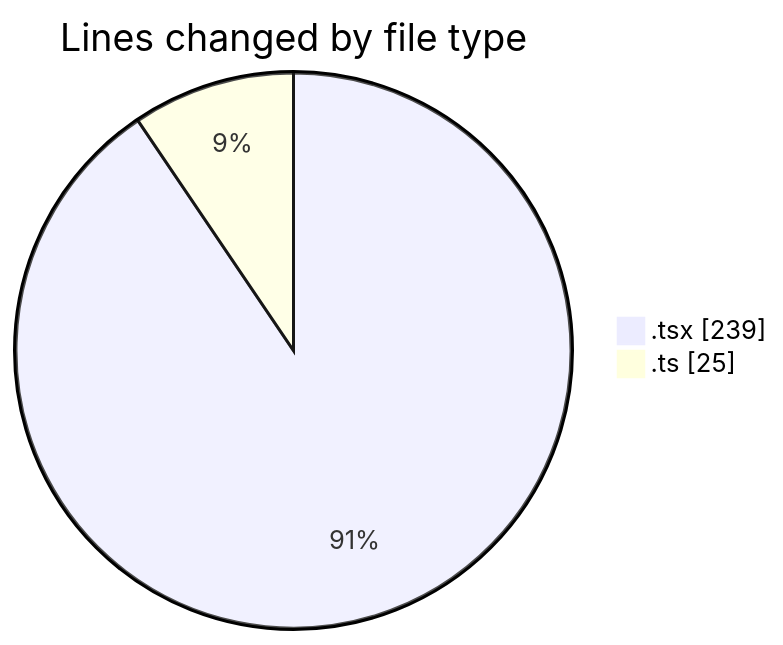
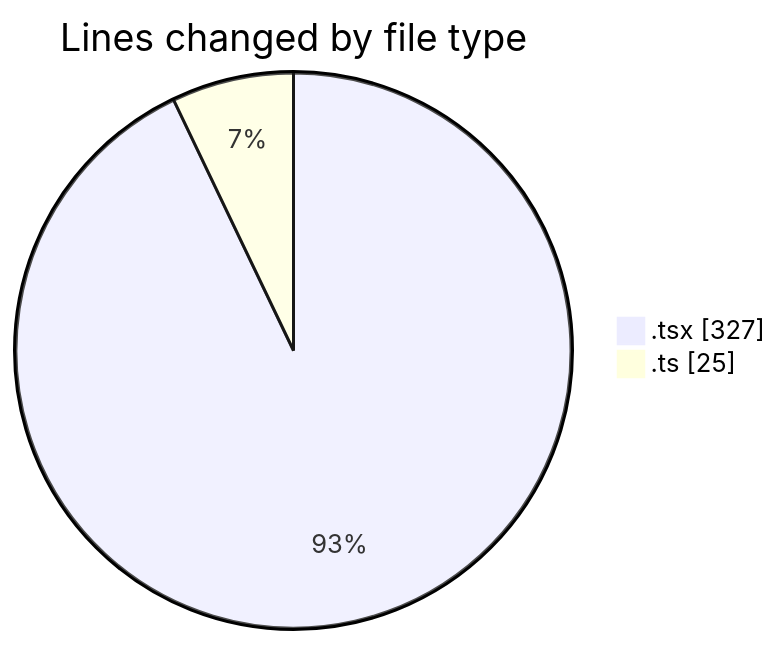
The first of 2 diagrams in 2025-03-19/peregrino-web/README.md (robertbonfada/code-tracking), drawn with Mermaid before and after one commit. The commit also changed other lines of this file and 1 other file, not shown here.

````diff
--- a/2025-03-19/peregrino-web/README.md
+++ b/2025-03-19/peregrino-web/README.md
@@ -25,6 +26,6 @@
 ```mermaid
 pie showData
 title Lines changed by file type
-".tsx" : 239
+".tsx" : 327
 ".ts" : 25
 ```
````
